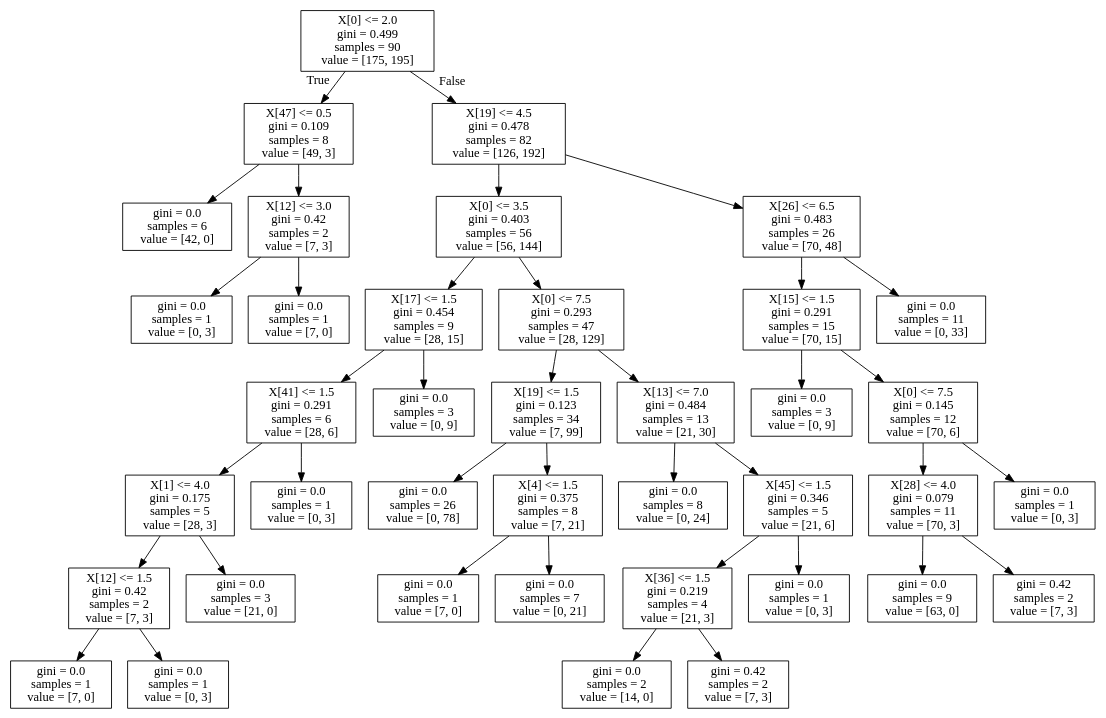
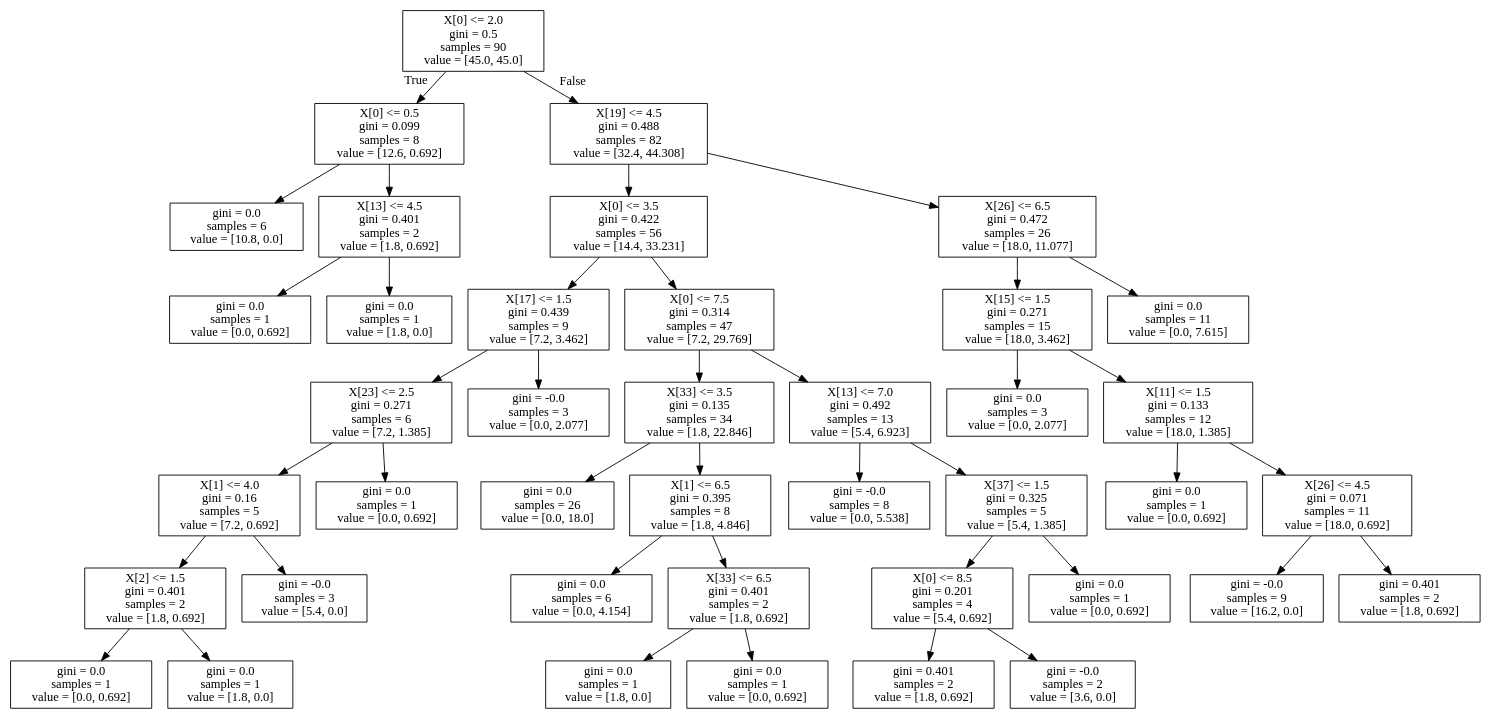
The diagram in tree.dot (suleSyl/Tahminleme), drawn with Graphviz before and after one commit. The commit also changed 2 other files, not shown here.

```diff
--- a/tree.dot
+++ b/tree.dot
@@ -1,80 +1,84 @@
 digraph Tree {
 node [shape=box] ;
-0 [label="X[0] <= 2.0\ngini = 0.499\nsamples = 90\nvalue = [175, 195]"] ;
-1 [label="X[47] <= 0.5\ngini = 0.109\nsamples = 8\nvalue = [49, 3]"] ;
+0 [label="X[0] <= 2.0\ngini = 0.5\nsamples = 90\nvalue = [45.0, 45.0]"] ;
+1 [label="X[0] <= 0.5\ngini = 0.099\nsamples = 8\nvalue = [12.6, 0.692]"] ;
 0 -> 1 [labeldistance=2.5, labelangle=45, headlabel="True"] ;
-2 [label="gini = 0.0\nsamples = 6\nvalue = [42, 0]"] ;
+2 [label="gini = 0.0\nsamples = 6\nvalue = [10.8, 0.0]"] ;
 1 -> 2 ;
-3 [label="X[12] <= 3.0\ngini = 0.42\nsamples = 2\nvalue = [7, 3]"] ;
+3 [label="X[13] <= 4.5\ngini = 0.401\nsamples = 2\nvalue = [1.8, 0.692]"] ;
 1 -> 3 ;
-4 [label="gini = 0.0\nsamples = 1\nvalue = [0, 3]"] ;
+4 [label="gini = 0.0\nsamples = 1\nvalue = [0.0, 0.692]"] ;
 3 -> 4 ;
-5 [label="gini = 0.0\nsamples = 1\nvalue = [7, 0]"] ;
+5 [label="gini = 0.0\nsamples = 1\nvalue = [1.8, 0.0]"] ;
 3 -> 5 ;
-6 [label="X[19] <= 4.5\ngini = 0.478\nsamples = 82\nvalue = [126, 192]"] ;
+6 [label="X[19] <= 4.5\ngini = 0.488\nsamples = 82\nvalue = [32.4, 44.308]"] ;
 0 -> 6 [labeldistance=2.5, labelangle=-45, headlabel="False"] ;
-7 [label="X[0] <= 3.5\ngini = 0.403\nsamples = 56\nvalue = [56, 144]"] ;
+7 [label="X[0] <= 3.5\ngini = 0.422\nsamples = 56\nvalue = [14.4, 33.231]"] ;
 6 -> 7 ;
-8 [label="X[17] <= 1.5\ngini = 0.454\nsamples = 9\nvalue = [28, 15]"] ;
+8 [label="X[17] <= 1.5\ngini = 0.439\nsamples = 9\nvalue = [7.2, 3.462]"] ;
 7 -> 8 ;
-9 [label="X[41] <= 1.5\ngini = 0.291\nsamples = 6\nvalue = [28, 6]"] ;
+9 [label="X[23] <= 2.5\ngini = 0.271\nsamples = 6\nvalue = [7.2, 1.385]"] ;
 8 -> 9 ;
-10 [label="X[1] <= 4.0\ngini = 0.175\nsamples = 5\nvalue = [28, 3]"] ;
+10 [label="X[1] <= 4.0\ngini = 0.16\nsamples = 5\nvalue = [7.2, 0.692]"] ;
 9 -> 10 ;
-11 [label="X[12] <= 1.5\ngini = 0.42\nsamples = 2\nvalue = [7, 3]"] ;
+11 [label="X[2] <= 1.5\ngini = 0.401\nsamples = 2\nvalue = [1.8, 0.692]"] ;
 10 -> 11 ;
-12 [label="gini = 0.0\nsamples = 1\nvalue = [7, 0]"] ;
+12 [label="gini = 0.0\nsamples = 1\nvalue = [0.0, 0.692]"] ;
 11 -> 12 ;
-13 [label="gini = 0.0\nsamples = 1\nvalue = [0, 3]"] ;
+13 [label="gini = 0.0\nsamples = 1\nvalue = [1.8, 0.0]"] ;
 11 -> 13 ;
-14 [label="gini = 0.0\nsamples = 3\nvalue = [21, 0]"] ;
+14 [label="gini = -0.0\nsamples = 3\nvalue = [5.4, 0.0]"] ;
 10 -> 14 ;
-15 [label="gini = 0.0\nsamples = 1\nvalue = [0, 3]"] ;
+15 [label="gini = 0.0\nsamples = 1\nvalue = [0.0, 0.692]"] ;
 9 -> 15 ;
-16 [label="gini = 0.0\nsamples = 3\nvalue = [0, 9]"] ;
+16 [label="gini = -0.0\nsamples = 3\nvalue = [0.0, 2.077]"] ;
 8 -> 16 ;
-17 [label="X[0] <= 7.5\ngini = 0.293\nsamples = 47\nvalue = [28, 129]"] ;
+17 [label="X[0] <= 7.5\ngini = 0.314\nsamples = 47\nvalue = [7.2, 29.769]"] ;
 7 -> 17 ;
-18 [label="X[19] <= 1.5\ngini = 0.123\nsamples = 34\nvalue = [7, 99]"] ;
+18 [label="X[33] <= 3.5\ngini = 0.135\nsamples = 34\nvalue = [1.8, 22.846]"] ;
 17 -> 18 ;
-19 [label="gini = 0.0\nsamples = 26\nvalue = [0, 78]"] ;
+19 [label="gini = 0.0\nsamples = 26\nvalue = [0.0, 18.0]"] ;
 18 -> 19 ;
-20 [label="X[4] <= 1.5\ngini = 0.375\nsamples = 8\nvalue = [7, 21]"] ;
+20 [label="X[1] <= 6.5\ngini = 0.395\nsamples = 8\nvalue = [1.8, 4.846]"] ;
 18 -> 20 ;
-21 [label="gini = 0.0\nsamples = 1\nvalue = [7, 0]"] ;
+21 [label="gini = 0.0\nsamples = 6\nvalue = [0.0, 4.154]"] ;
 20 -> 21 ;
-22 [label="gini = 0.0\nsamples = 7\nvalue = [0, 21]"] ;
+22 [label="X[33] <= 6.5\ngini = 0.401\nsamples = 2\nvalue = [1.8, 0.692]"] ;
 20 -> 22 ;
-23 [label="X[13] <= 7.0\ngini = 0.484\nsamples = 13\nvalue = [21, 30]"] ;
-17 -> 23 ;
-24 [label="gini = 0.0\nsamples = 8\nvalue = [0, 24]"] ;
-23 -> 24 ;
-25 [label="X[45] <= 1.5\ngini = 0.346\nsamples = 5\nvalue = [21, 6]"] ;
-23 -> 25 ;
-26 [label="X[36] <= 1.5\ngini = 0.219\nsamples = 4\nvalue = [21, 3]"] ;
+23 [label="gini = 0.0\nsamples = 1\nvalue = [1.8, 0.0]"] ;
+22 -> 23 ;
+24 [label="gini = 0.0\nsamples = 1\nvalue = [0.0, 0.692]"] ;
+22 -> 24 ;
+25 [label="X[13] <= 7.0\ngini = 0.492\nsamples = 13\nvalue = [5.4, 6.923]"] ;
+17 -> 25 ;
+26 [label="gini = -0.0\nsamples = 8\nvalue = [0.0, 5.538]"] ;
 25 -> 26 ;
-27 [label="gini = 0.0\nsamples = 2\nvalue = [14, 0]"] ;
-26 -> 27 ;
-28 [label="gini = 0.42\nsamples = 2\nvalue = [7, 3]"] ;
-26 -> 28 ;
-29 [label="gini = 0.0\nsamples = 1\nvalue = [0, 3]"] ;
-25 -> 29 ;
-30 [label="X[26] <= 6.5\ngini = 0.483\nsamples = 26\nvalue = [70, 48]"] ;
-6 -> 30 ;
-31 [label="X[15] <= 1.5\ngini = 0.291\nsamples = 15\nvalue = [70, 15]"] ;
-30 -> 31 ;
-32 [label="gini = 0.0\nsamples = 3\nvalue = [0, 9]"] ;
-31 -> 32 ;
-33 [label="X[0] <= 7.5\ngini = 0.145\nsamples = 12\nvalue = [70, 6]"] ;
-31 -> 33 ;
-34 [label="X[28] <= 4.0\ngini = 0.079\nsamples = 11\nvalue = [70, 3]"] ;
+27 [label="X[37] <= 1.5\ngini = 0.325\nsamples = 5\nvalue = [5.4, 1.385]"] ;
+25 -> 27 ;
+28 [label="X[0] <= 8.5\ngini = 0.201\nsamples = 4\nvalue = [5.4, 0.692]"] ;
+27 -> 28 ;
+29 [label="gini = 0.401\nsamples = 2\nvalue = [1.8, 0.692]"] ;
+28 -> 29 ;
+30 [label="gini = -0.0\nsamples = 2\nvalue = [3.6, 0.0]"] ;
+28 -> 30 ;
+31 [label="gini = 0.0\nsamples = 1\nvalue = [0.0, 0.692]"] ;
+27 -> 31 ;
+32 [label="X[26] <= 6.5\ngini = 0.472\nsamples = 26\nvalue = [18.0, 11.077]"] ;
+6 -> 32 ;
+33 [label="X[15] <= 1.5\ngini = 0.271\nsamples = 15\nvalue = [18.0, 3.462]"] ;
+32 -> 33 ;
+34 [label="gini = 0.0\nsamples = 3\nvalue = [0.0, 2.077]"] ;
 33 -> 34 ;
-35 [label="gini = 0.0\nsamples = 9\nvalue = [63, 0]"] ;
-34 -> 35 ;
-36 [label="gini = 0.42\nsamples = 2\nvalue = [7, 3]"] ;
-34 -> 36 ;
-37 [label="gini = 0.0\nsamples = 1\nvalue = [0, 3]"] ;
-33 -> 37 ;
-38 [label="gini = 0.0\nsamples = 11\nvalue = [0, 33]"] ;
-30 -> 38 ;
+35 [label="X[11] <= 1.5\ngini = 0.133\nsamples = 12\nvalue = [18.0, 1.385]"] ;
+33 -> 35 ;
+36 [label="gini = 0.0\nsamples = 1\nvalue = [0.0, 0.692]"] ;
+35 -> 36 ;
+37 [label="X[26] <= 4.5\ngini = 0.071\nsamples = 11\nvalue = [18.0, 0.692]"] ;
+35 -> 37 ;
+38 [label="gini = -0.0\nsamples = 9\nvalue = [16.2, 0.0]"] ;
+37 -> 38 ;
+39 [label="gini = 0.401\nsamples = 2\nvalue = [1.8, 0.692]"] ;
+37 -> 39 ;
+40 [label="gini = 0.0\nsamples = 11\nvalue = [0.0, 7.615]"] ;
+32 -> 40 ;
 }
```
